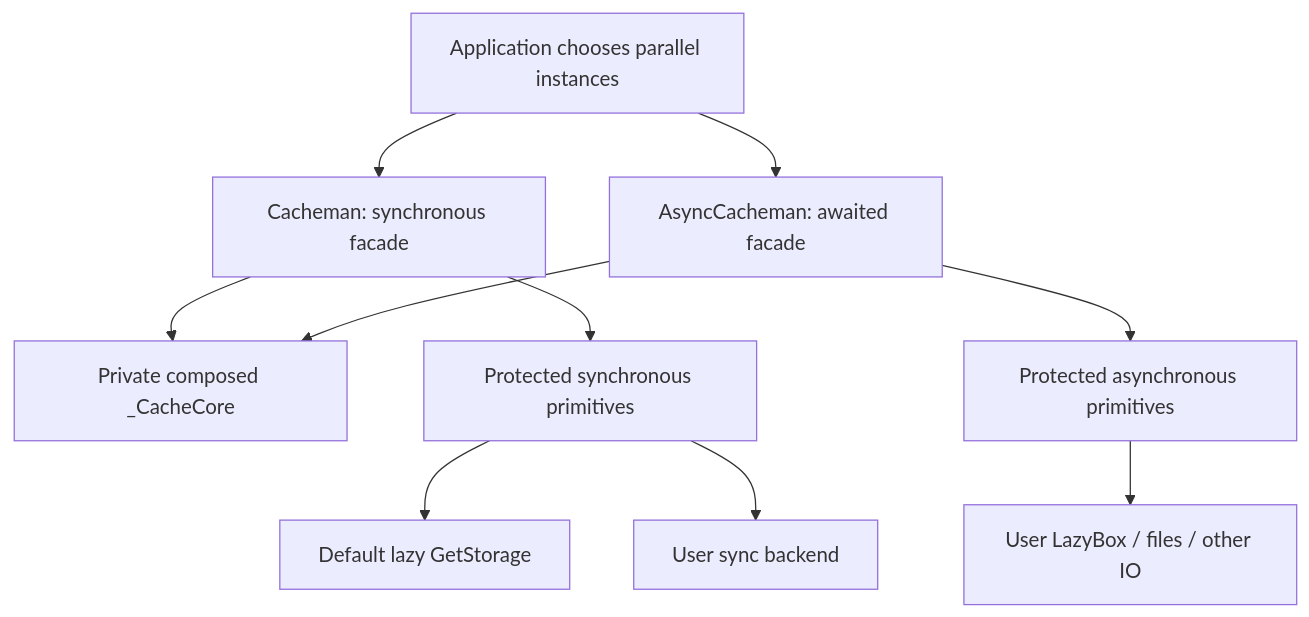
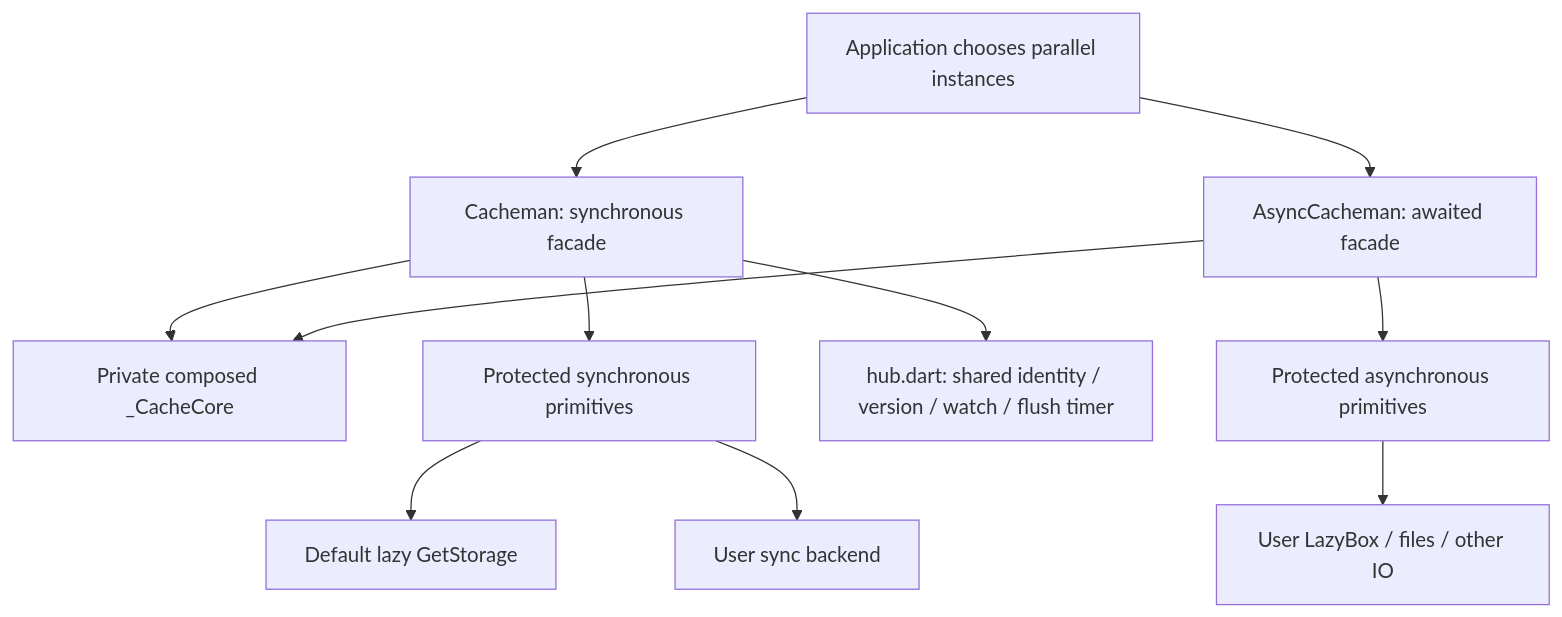
The diagram in cacheman/.claude/skills/cacheman/SKILL.md (icodejoo/dart-labs), drawn with Mermaid before and after one commit. The commit also changed other lines of this file and 18 other files, not shown here.

First line of the commit message:
feat(cacheman): 共享 Hub——自有键索引自愈、watch/flush、flushDelay、purgeOnInit，及全覆盖验收体系

````diff
--- a/cacheman/.claude/skills/cacheman/SKILL.md
+++ b/cacheman/.claude/skills/cacheman/SKILL.md
@@ -20,12 +20,13 @@
 ```mermaid
 flowchart TD
     App[Application chooses parallel instances] --> Sync[Cacheman: synchronous facade]
     App --> Async[AsyncCacheman: awaited facade]
     Sync --> Core[Private composed _CacheCore]
     Async --> Core
     Sync --> SyncRaw[Protected synchronous primitives]
+    Sync --> Hub[hub.dart: shared identity / version / watch / flush timer]
     Async --> AsyncRaw[Protected asynchronous primitives]
     SyncRaw --> GS[Default lazy GetStorage]
     SyncRaw --> UserSync[User sync backend]
     AsyncRaw --> UserAsync[User LazyBox / files / other IO]
 ```
````
